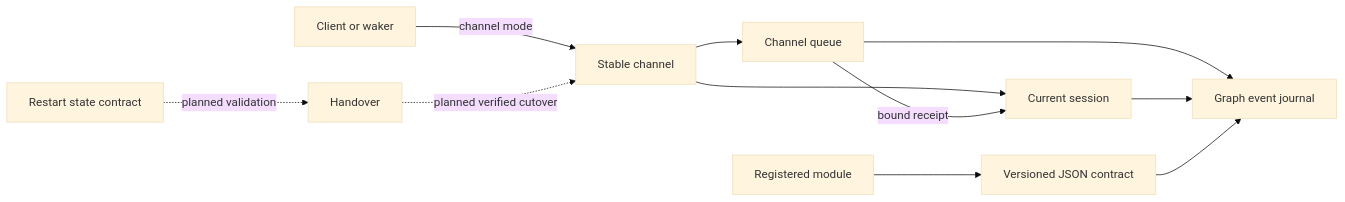
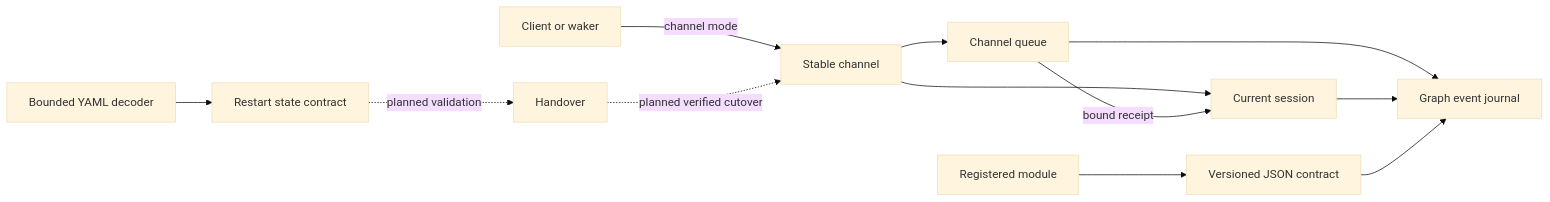
One commit to NestDevLab/agent-mesh changed the diagram in docs/design/plexus-architecture.mmd. Above: the diagram before and after it, drawn with Mermaid (base theme). The commit also changed 11 other files, not shown here.

Commit message:
Validate bounded restart YAML against state proof

```diff
--- a/docs/design/plexus-architecture.mmd
+++ b/docs/design/plexus-architecture.mmd
@@ -1,11 +1,12 @@
 flowchart LR
   Client["Client or waker"] -- "channel mode" --> Channel["Stable channel"]
   Channel --> Queue["Channel queue"]
   Channel --> Session["Current session"]
   Queue --> Journal["Graph event journal"]
   Session --> Journal
   Module["Registered module"] --> Contract["Versioned JSON contract"]
   Contract --> Journal
   Queue -- "bound receipt" --> Session
+  Yaml["Bounded YAML decoder"] --> Restart
   Restart["Restart state contract"] -. "planned validation" .-> Handover
   Handover["Handover"] -. "planned verified cutover" .-> Channel
```
